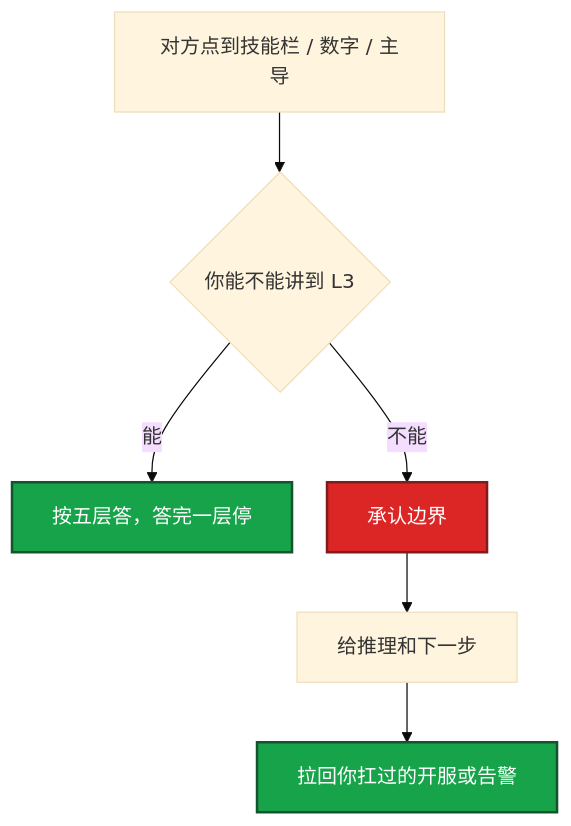
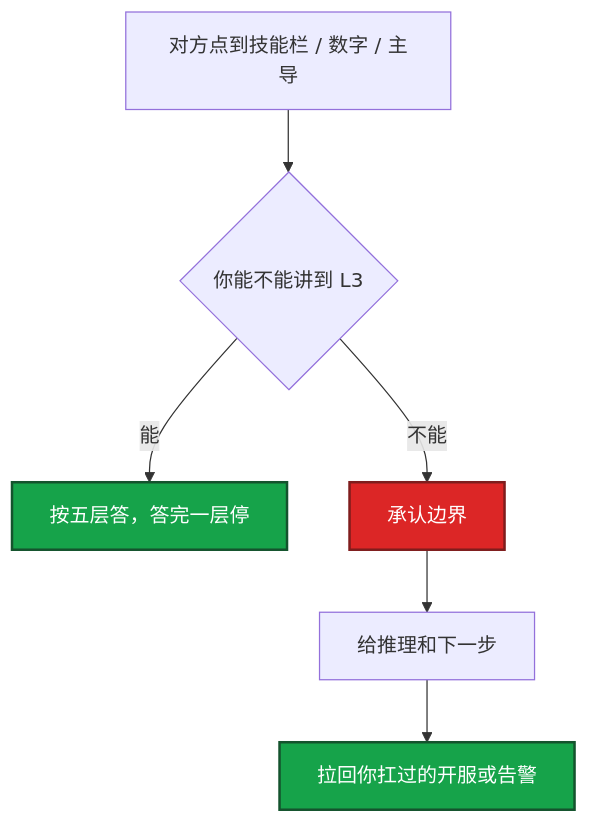
Before and after one commit to ml-cuizijun/LearnToLilith: the fourth of 4 diagrams in 01-职业发展/02-简历与项目/知识点.md, drawn with Mermaid. The commit also changed other lines of this file and 213 other files, not shown here.

````diff
--- a/01-职业发展/02-简历与项目/知识点.md
+++ b/01-职业发展/02-简历与项目/知识点.md
@@ -320,14 +294,13 @@
 ```mermaid
-%%{init: {"flowchart": {"padding": 16, "nodeSpacing": 28, "rankSpacing": 48}, "theme": "base"}}%%
 flowchart TB
     A[对方点到技能栏 / 数字 / 主导] --> B{你能不能讲到 L3}
     B -->|能| C[按五层答，答完一层停]
     B -->|不能| D[承认边界]
     D --> E[给推理和下一步]
     E --> F[拉回你扛过的开服或告警]
 
     classDef ok fill:#16A34A,stroke:#14532D,stroke-width:2px,color:#fff
     classDef bad fill:#DC2626,stroke:#7F1D1D,stroke-width:2px,color:#fff
     class C,F ok
     class D bad
 ```
````
